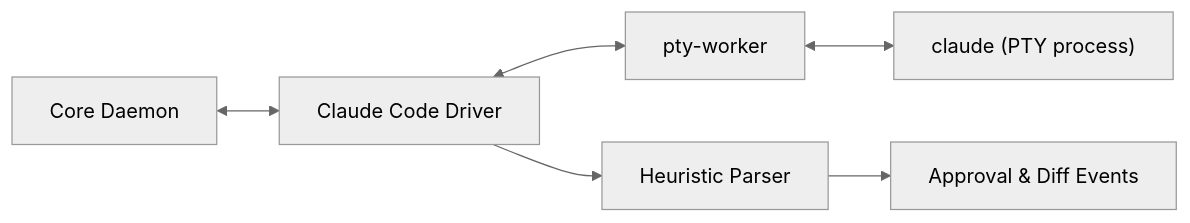
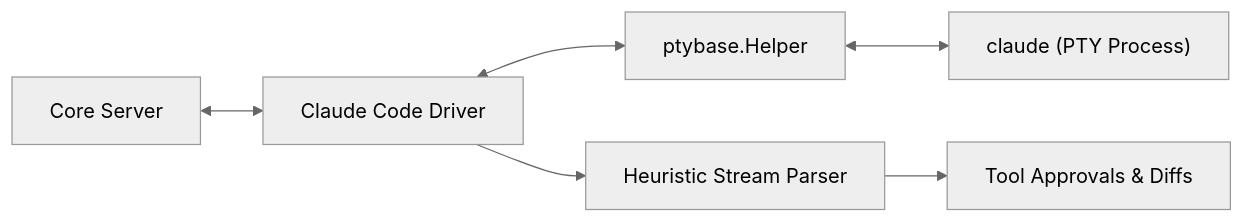
Before and after one commit to morewebs/OpenRemote: the second of 6 diagrams in docs/spec/03_AGENT_DRIVERS_SPEC.md, drawn with Mermaid (neutral theme). The commit also changed other lines of this file and 12 other files, not shown here.

````diff
--- a/docs/spec/03_AGENT_DRIVERS_SPEC.md
+++ b/docs/spec/03_AGENT_DRIVERS_SPEC.md
@@ -45,8 +95,8 @@
 ```mermaid
 graph LR
-    Daemon[Core Daemon] <--> Driver[Claude Code Driver]
-    Driver <--> PTY[pty-worker]
-    PTY <--> CLI["claude (PTY process)"]
-    Driver --> Parser[Heuristic Parser]
-    Parser --> Events[Approval & Diff Events]
+    Daemon[Core Server] <--> Driver[Claude Code Driver]
+    Driver <--> PTYBase[ptybase.Helper]
+    PTYBase <--> ConPTY["claude (PTY Process)"]
+    Driver --> StreamParser[Heuristic Stream Parser]
+    StreamParser --> Events[Tool Approvals & Diffs]
 ```
````
